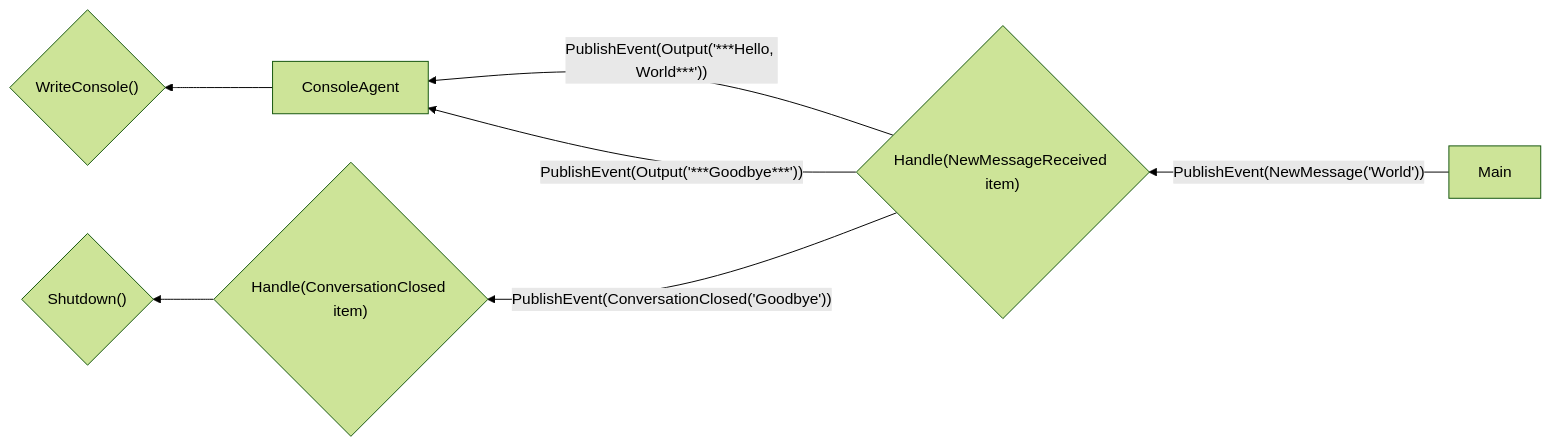
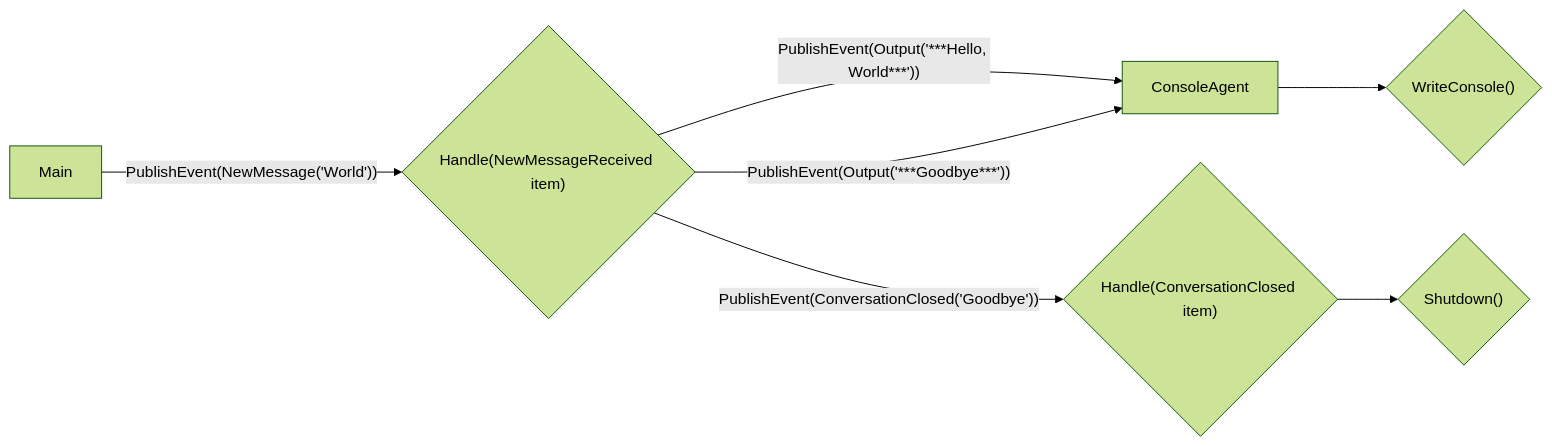
Before and after one commit to microsoft/autogen: the diagram in dotnet/samples/Hello/README.md, drawn with Mermaid.

Commit message:
left to right

````diff
--- a/dotnet/samples/Hello/README.md
+++ b/dotnet/samples/Hello/README.md
@@ -25,11 +25,11 @@
 ```mermaid
 %%{init: {'theme':'forest'}}%%
-graph RL;
+graph LR;
     A[Main] --> |"PublishEvent(NewMessage('World'))"| B{"Handle(NewMessageReceived item)"}
     B --> |"PublishEvent(Output('***Hello, World***'))"| C[ConsoleAgent]
     C --> D{"WriteConsole()"}
     B --> |"PublishEvent(ConversationClosed('Goodbye'))"| E{"Handle(ConversationClosed item)"}
     B --> |"PublishEvent(Output('***Goodbye***'))"| C
     E --> F{"Shutdown()"}
 
 ```
````
